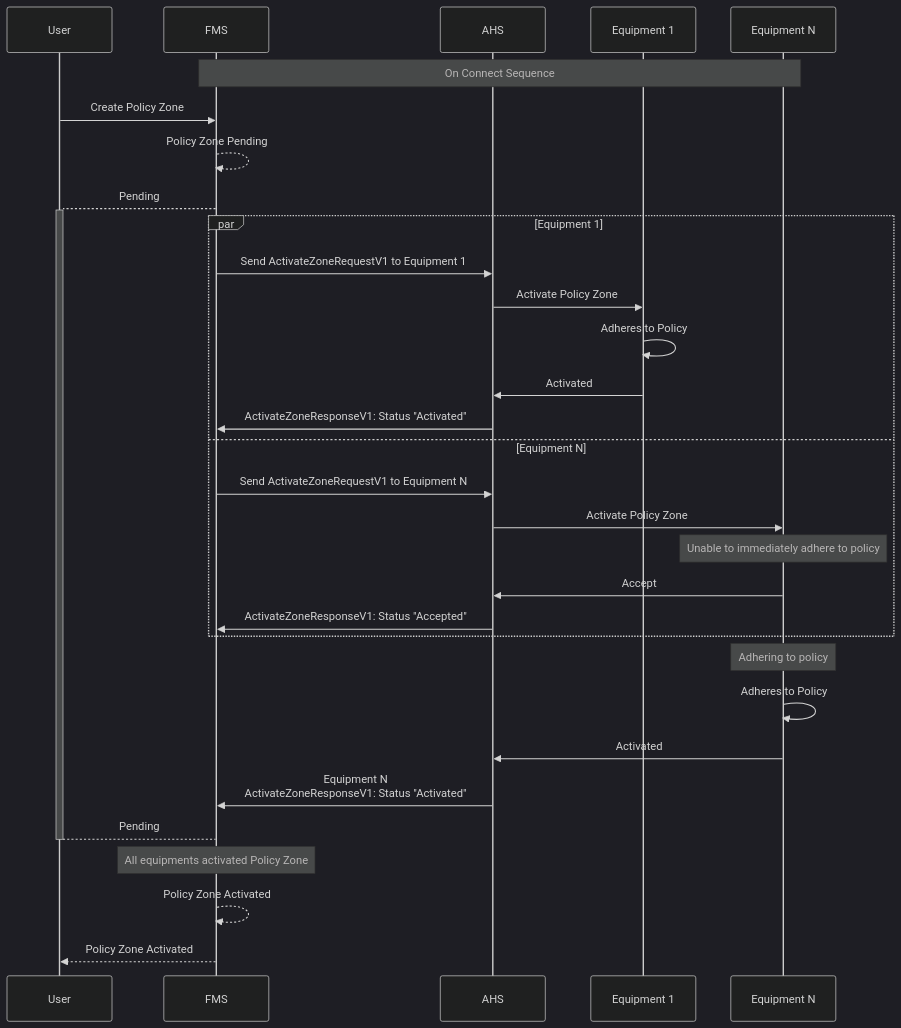
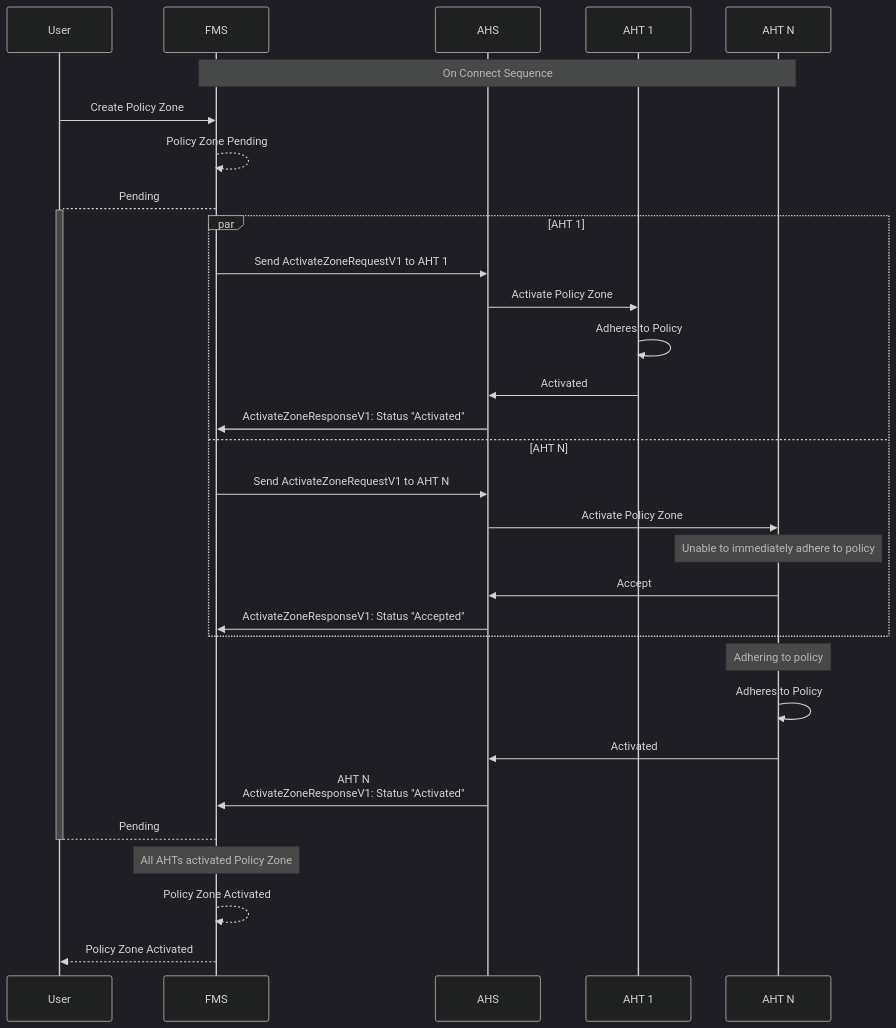
Before and after one commit to open-autonomy/zone: the first of 4 diagrams in diagram/PolicyZoneActivation.md, drawn with Mermaid (dark theme). The commit also changed other lines of this file and 15 other files, not shown here.

Commit message:
updated language equipment to AHT

````diff
--- a/diagram/PolicyZoneActivation.md
+++ b/diagram/PolicyZoneActivation.md
@@ -6,35 +6,35 @@
 ```mermaid
 sequenceDiagram
     participant User
     participant FMS
     participant AHS
-    participant Equipment 1
-    participant Equipment N
+    participant AHT 1
+    participant AHT N
 
-    Note over FMS,Equipment N: On Connect Sequence
+    Note over FMS,AHT N: On Connect Sequence
     User->>FMS: Create Policy Zone
     FMS-->>FMS: Policy Zone Pending
     FMS-->+User: Pending
-    par Equipment 1
-        FMS->>AHS: Send ActivateZoneRequestV1 to Equipment 1
-        AHS->>Equipment 1: Activate Policy Zone
-        Equipment 1->>Equipment 1: Adheres to Policy
-        Equipment 1->>AHS: Activated
+    par AHT 1
+        FMS->>AHS: Send ActivateZoneRequestV1 to AHT 1
+        AHS->>AHT 1: Activate Policy Zone
+        AHT 1->>AHT 1: Adheres to Policy
+        AHT 1->>AHS: Activated
         AHS->>FMS: ActivateZoneResponseV1: Status "Activated"
-    and Equipment N
-        FMS->>AHS: Send ActivateZoneRequestV1 to Equipment N
-        AHS->>Equipment N: Activate Policy Zone
-        Note Over Equipment N: Unable to immediately adhere to policy
-        Equipment N->>AHS: Accept
+    and AHT N
+        FMS->>AHS: Send ActivateZoneRequestV1 to AHT N
+        AHS->>AHT N: Activate Policy Zone
+        Note Over AHT N: Unable to immediately adhere to policy
+        AHT N->>AHS: Accept
         AHS->>FMS: ActivateZoneResponseV1: Status "Accepted"
     end 
-    Note Over Equipment N: Adhering to policy
-    Equipment N->>Equipment N: Adheres to Policy
-    Equipment N->>AHS: Activated
+    Note Over AHT N: Adhering to policy
+    AHT N->>AHT N: Adheres to Policy
+    AHT N->>AHS: Activated
     
-    AHS->>FMS: Equipment N <br/> ActivateZoneResponseV1: Status "Activated"
+    AHS->>FMS: AHT N <br/> ActivateZoneResponseV1: Status "Activated"
     User-->-FMS: Pending
-    Note Over FMS: All equipments activated Policy Zone
+    Note Over FMS: All AHTs activated Policy Zone
     FMS-->>FMS: Policy Zone Activated
     FMS-->>User: Policy Zone Activated
 ```
````
